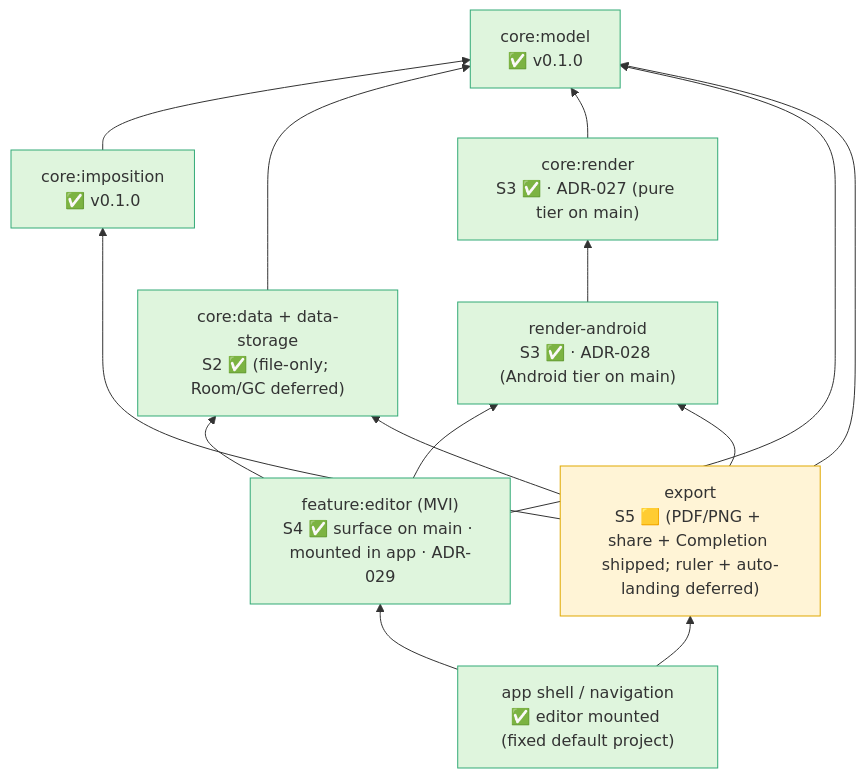
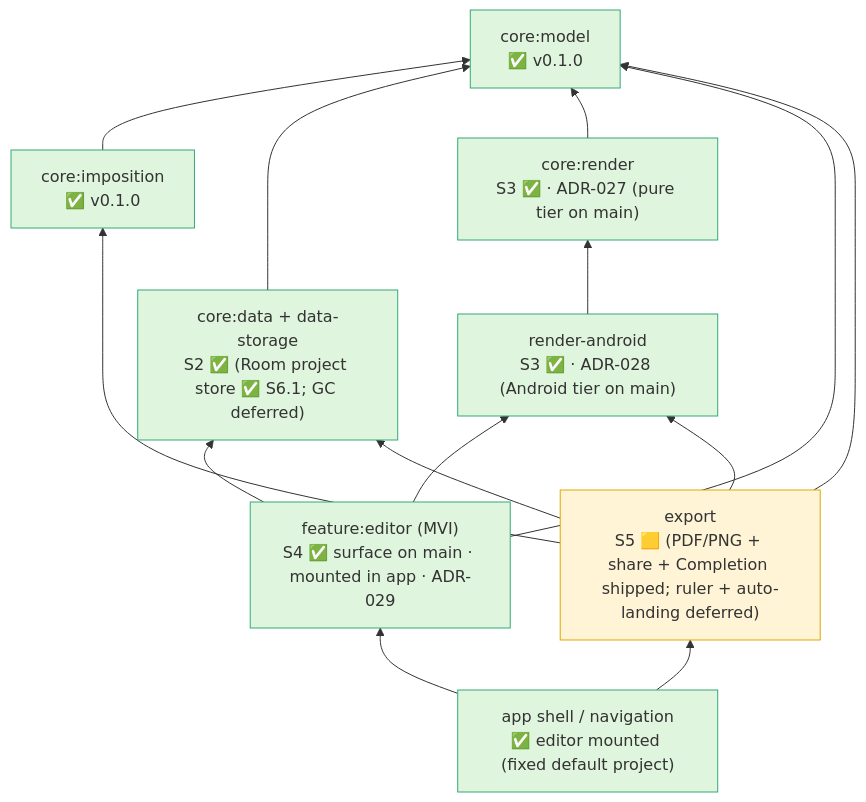
Before and after one commit to aritr-codes/zinely-android: the ninth of 10 diagrams in docs/ARCHITECTURE.md, drawn with Mermaid. The commit also changed other lines of this file and 18 other files, not shown here.

````diff
--- a/docs/ARCHITECTURE.md
+++ b/docs/ARCHITECTURE.md
@@ -353,30 +353,30 @@
 ```mermaid
 flowchart BT
     model["core:model<br/>✅ v0.1.0"]
     imp["core:imposition<br/>✅ v0.1.0"]
-    data["core:data + data-storage<br/>S2 ✅ (file-only; Room/GC deferred)"]
+    data["core:data + data-storage<br/>S2 ✅ (Room project store ✅ S6.1; GC deferred)"]
     render["core:render<br/>S3 ✅ · ADR-027 (pure tier on main)"]
     ra["render-android<br/>S3 ✅ · ADR-028 (Android tier on main)"]
     editor["feature:editor (MVI)<br/>S4 ✅ surface on main · mounted in app · ADR-029"]
     export["export<br/>S5 🟨 (PDF/PNG + share + Completion shipped; ruler + auto-landing deferred)"]
     app["app shell / navigation<br/>✅ editor mounted (fixed default project)"]
 
     imp --> model
     data --> model
     render --> model
     ra --> render
     editor --> model
     editor --> data
     editor --> ra
     export --> model
     export --> imp
     export --> ra
     export --> data
     app --> editor
     app --> export
 
     classDef done fill:#dff5dd,stroke:#3a7;
     classDef next fill:#fff4d6,stroke:#e0a800;
     class model,imp,data,render,ra,editor,app done;
     class export next;
 ```
````
